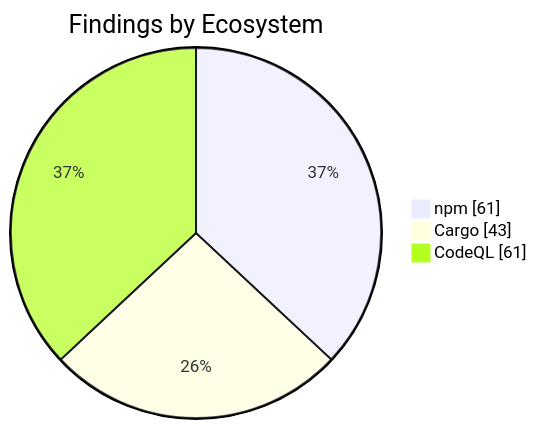
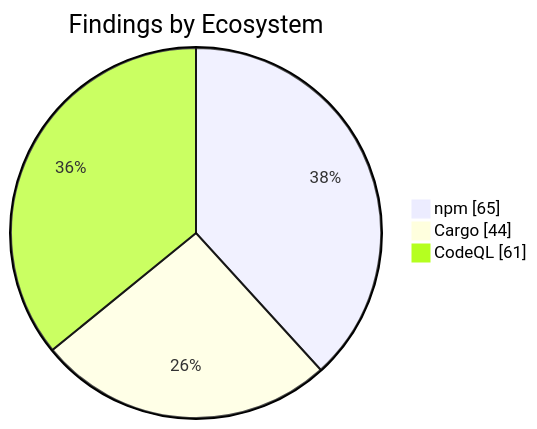
Before and after one commit to KBVE/kbve: the second of 2 diagrams in apps/kbve/astro-kbve/src/content/docs/dashboard/security.mdx, drawn with Mermaid. The commit also changed other lines of this file and 8 other files, not shown here.

````diff
--- a/apps/kbve/astro-kbve/src/content/docs/dashboard/security.mdx
+++ b/apps/kbve/astro-kbve/src/content/docs/dashboard/security.mdx
@@ -73,7 +73,7 @@
 ```mermaid
 pie showData
     title Findings by Ecosystem
-    "npm" : 61
-    "Cargo" : 43
+    "npm" : 65
+    "Cargo" : 44
     "CodeQL" : 61
 ```
````
